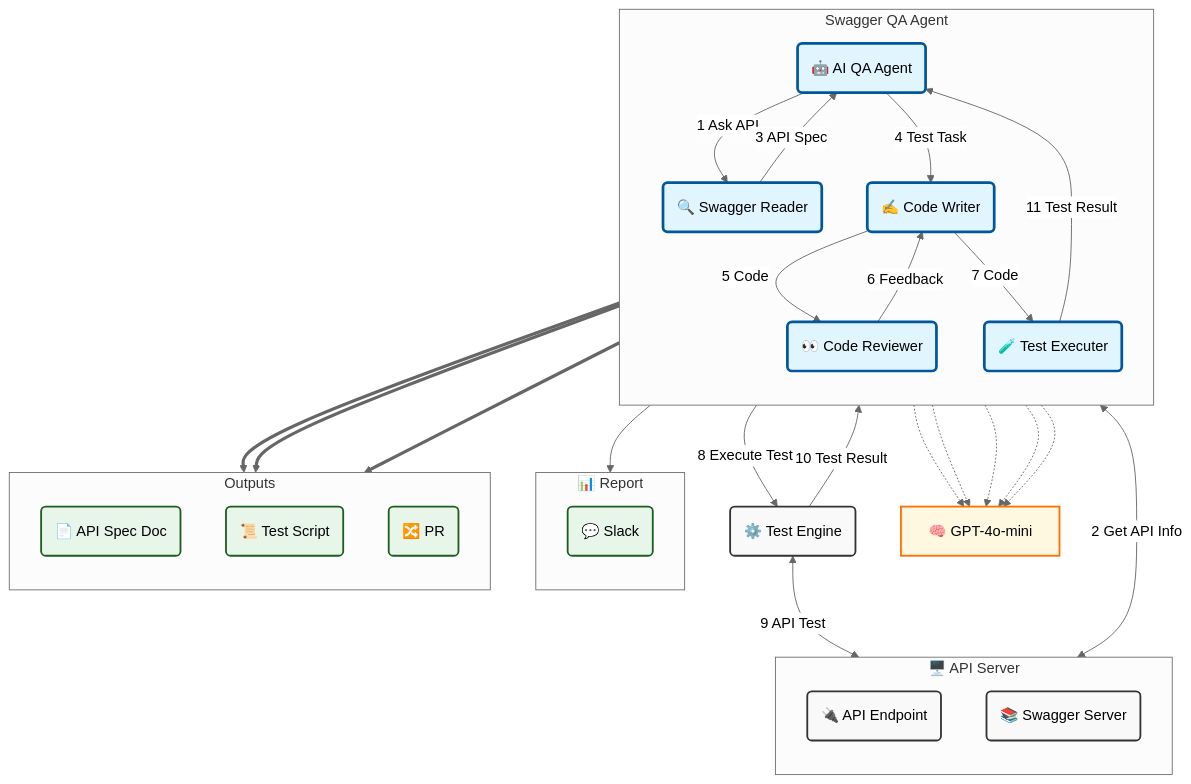
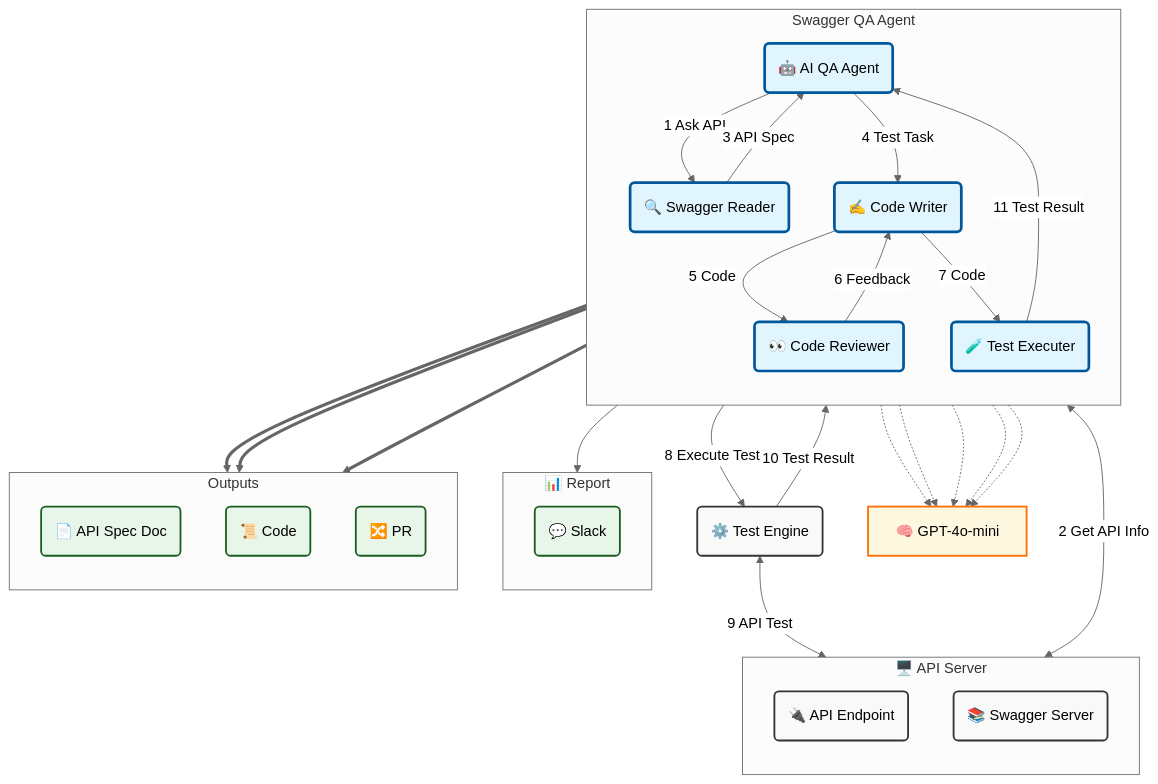
Before and after one commit to ningxia202109/qa-api-agent: the first of 2 diagrams in README.md, drawn with Mermaid (neutral theme).

````diff
--- a/README.md
+++ b/README.md
@@ -9,71 +9,71 @@
 ```mermaid
 flowchart
     %% Define styles
     classDef default fill:#f9f9f9,stroke:#333,stroke-width:2px;
     classDef highlight fill:#e1f5fe,stroke:#01579b,stroke-width:3px;
     classDef llm fill:#fff8e1,stroke:#ff6f00,stroke-width:2px;
     classDef output fill:#e8f5e9,stroke:#1b5e20,stroke-width:2px;
 
     %% API-Server subgraph (left)
     subgraph API-Server["🖥️ API Server"]
         direction TB
         APIServer("🔌 API Endpoint")
         SwaggerServer("📚 Swagger Server")
     end
 
     %% Main Swagger-QA-Agent subgraph (middle)
     subgraph Swagger-QA-Agent["Swagger QA Agent"]
         direction TB
         QAAgent("🤖 AI QA Agent")
         SwaggerReader("🔍 Swagger Reader")
         CodeWriter("✍️ Code Writer")
         CoderReviewer("👀 Code Reviewer")
         TestExecuter("🧪 Test Executer")
 
         QAAgent -- "1 Ask API" --> SwaggerReader
         SwaggerReader -- "3 API Spec" --> QAAgent
         QAAgent -- "4 Test Task" --> CodeWriter
         CodeWriter -- "5 Code" --> CoderReviewer
         CoderReviewer -- "6 Feedback" --> CodeWriter
         CodeWriter -- "7 Code" --> TestExecuter
         TestExecuter -- "11 Test Result" --> QAAgent
     end
 
     %% Output subgraph (right)
     subgraph report["📊 Report"]
         direction TB
         slack("💬 Slack")
     end
 
     %% Output subgraph (right)
     subgraph output["Outputs"]
         direction TB
         apiSpec("📄 API Spec Doc")
-        testScript("📜 Test Script")
+        testScript("📜 Code")
         pr("🔀 PR")
     end
 
     %% Other elements
     TestEngine("⚙️ Test Engine")
     LLM["🧠 GPT-4o-mini"]
 
     %% Cross-graph links
     SwaggerServer <--> |"2 Get API Info"| SwaggerReader
     TestExecuter --> |"8 Execute Test"| TestEngine
     TestEngine --> |"10 Test Result"| TestExecuter
     TestEngine <--> |"9 API Test"| APIServer
     QAAgent -.-> LLM
     CodeWriter -.-> LLM
     CoderReviewer -.-> LLM
     SwaggerReader -.-> LLM
     TestExecuter -.-> LLM
     QAAgent --> report
     SwaggerReader ==> apiSpec
     CodeWriter ==> testScript
     CoderReviewer ==> pr
 
     %% Apply styles
     class SwaggerReader,QAAgent,CodeWriter,CoderReviewer,TestExecuter highlight;
     class LLM llm;
     class pr,slack,apiSpec,testScript output;
 ```
````
